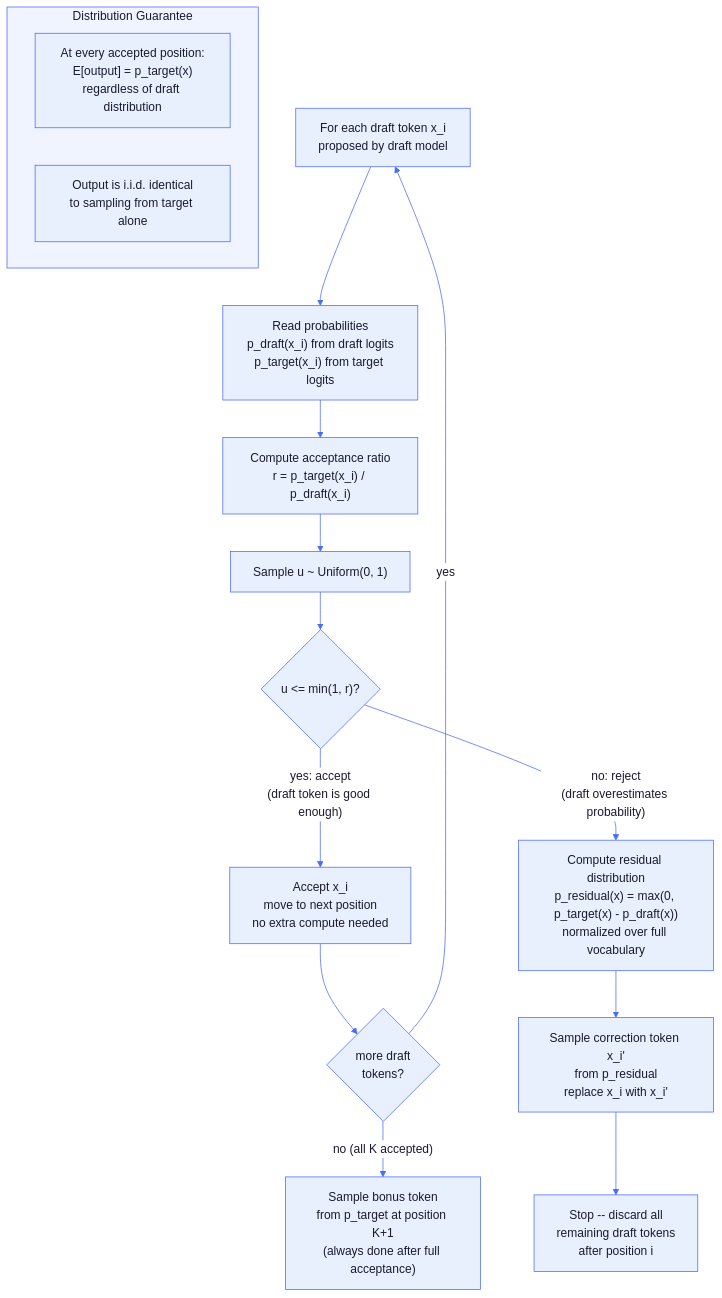
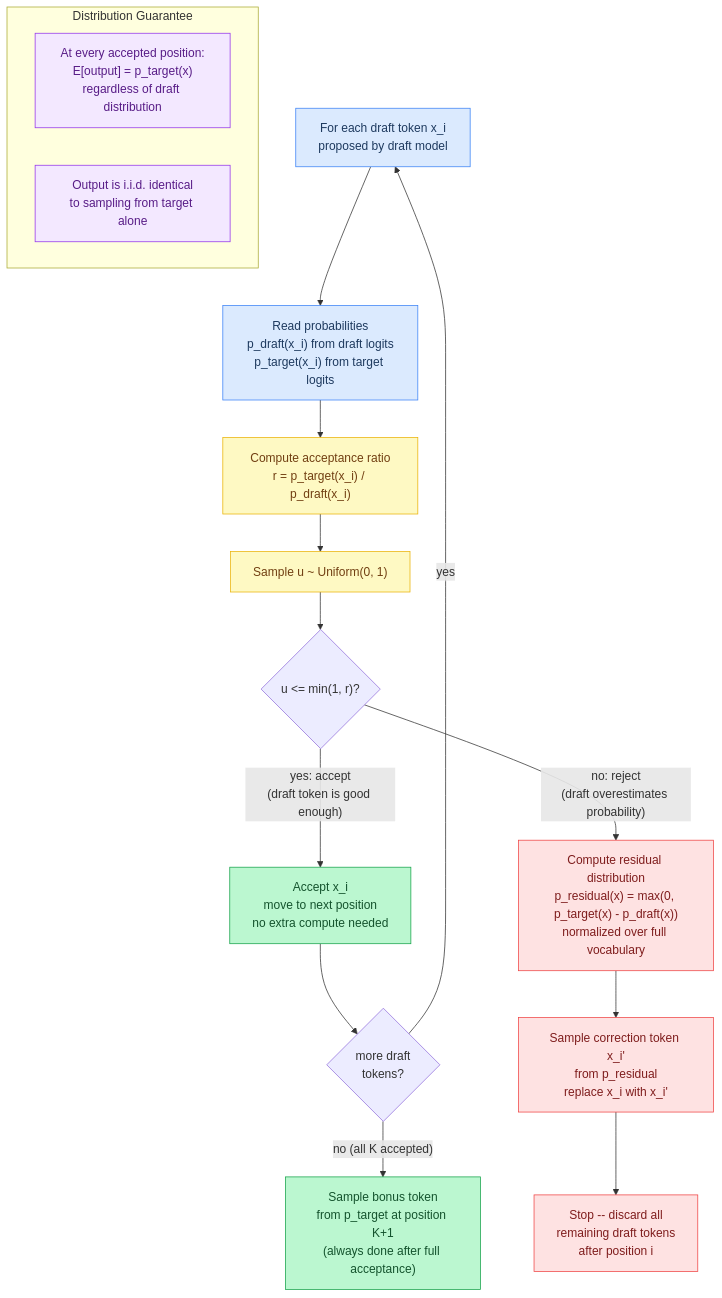
Before and after one commit to maci0/agave: the sixth of 10 diagrams in docs/tutorial/17-speculative-decoding.md, drawn with Mermaid. The commit also changed other lines of this file and 24 other files, not shown here.

First line of the commit message:
docs: convert all mermaid diagrams to classDef semantic colors

````diff
--- a/docs/tutorial/17-speculative-decoding.md
+++ b/docs/tutorial/17-speculative-decoding.md
@@ -358,43 +355,36 @@
 ```mermaid
-%%{init: {'theme': 'base', 'themeVariables': {
-  'primaryColor': '#e8f0fe',
-  'primaryTextColor': '#1a1a2e',
-  'primaryBorderColor': '#4a6cf7',
-  'lineColor': '#4a6cf7',
-  'secondaryColor': '#f0f4ff',
-  'tertiaryColor': '#f8f9ff',
-  'edgeLabelBackground': '#ffffff',
-  'clusterBkg': '#f0f4ff',
-  'clusterBorder': '#4a6cf7',
-  'titleColor': '#1a1a2e',
-  'nodeTextColor': '#1a1a2e',
-  'fontFamily': 'ui-monospace, SFMono-Regular, monospace'
-}}}%%
 flowchart TD
-    Start["For each draft token x_i\nproposed by draft model"]
+    classDef setup     fill:#dbeafe,stroke:#3b82f6,color:#1e3a5f
+    classDef sync      fill:#dcfce7,stroke:#22c55e,color:#14532d
+    classDef migration fill:#fef9c3,stroke:#eab308,color:#713f12
+    classDef success   fill:#bbf7d0,stroke:#16a34a,color:#14532d
+    classDef danger    fill:#fee2e2,stroke:#ef4444,color:#7f1d1d
+    classDef optional  fill:#f3e8ff,stroke:#9333ea,color:#581c87
 
-    Start --> ReadProbs["Read probabilities\np_draft(x_i) from draft logits\np_target(x_i) from target logits"]
+    Start["For each draft token x_i\nproposed by draft model"]:::setup
+    ReadProbs["Read probabilities\np_draft(x_i) from draft logits\np_target(x_i) from target logits"]:::setup
+    Ratio["Compute acceptance ratio\nr = p_target(x_i) / p_draft(x_i)"]:::migration
+    Sample["Sample u ~ Uniform(0, 1)"]:::migration
+    Accept["Accept x_i\nmove to next position\nno extra compute needed"]:::success
+    Residual["Compute residual distribution\np_residual(x) = max(0, p_target(x) - p_draft(x))\nnormalized over full vocabulary"]:::danger
+    Correct["Sample correction token x_i'\nfrom p_residual\nreplace x_i with x_i'"]:::danger
+    Stop["Stop -- discard all\nremaining draft tokens\nafter position i"]:::danger
+    BonusToken["Sample bonus token\nfrom p_target at position K+1\n(always done after full acceptance)"]:::success
 
-    ReadProbs --> Ratio["Compute acceptance ratio\nr = p_target(x_i) / p_draft(x_i)"]
-
-    Ratio --> Sample["Sample u ~ Uniform(0, 1)"]
-
+    Start --> ReadProbs
+    ReadProbs --> Ratio
+    Ratio --> Sample
     Sample --> Decision{"u <= min(1, r)?"}
-
-    Decision -->|"yes: accept\n(draft token is good enough)"| Accept["Accept x_i\nmove to next position\nno extra compute needed"]
-
-    Decision -->|"no: reject\n(draft overestimates probability)"| Residual["Compute residual distribution\np_residual(x) = max(0, p_target(x) - p_draft(x))\nnormalized over full vocabulary"]
-
-    Residual --> Correct["Sample correction token x_i'\nfrom p_residual\nreplace x_i with x_i'"]
-
-    Correct --> Stop["Stop -- discard all\nremaining draft tokens\nafter position i"]
-
+    Decision -->|"yes: accept\n(draft token is good enough)"| Accept
+    Decision -->|"no: reject\n(draft overestimates probability)"| Residual
+    Residual --> Correct
+    Correct --> Stop
     Accept --> More{"more draft\ntokens?"}
     More -->|yes| Start
-    More -->|"no (all K accepted)"| BonusToken["Sample bonus token\nfrom p_target at position K+1\n(always done after full acceptance)"]
+    More -->|"no (all K accepted)"| BonusToken
 
     subgraph Guarantee["Distribution Guarantee"]
-        G1["At every accepted position:\nE[output] = p_target(x)\nregardless of draft distribution"]
-        G2["Output is i.i.d. identical\nto sampling from target alone"]
+        G1["At every accepted position:\nE[output] = p_target(x)\nregardless of draft distribution"]:::optional
+        G2["Output is i.i.d. identical\nto sampling from target alone"]:::optional
     end
 ```
````
